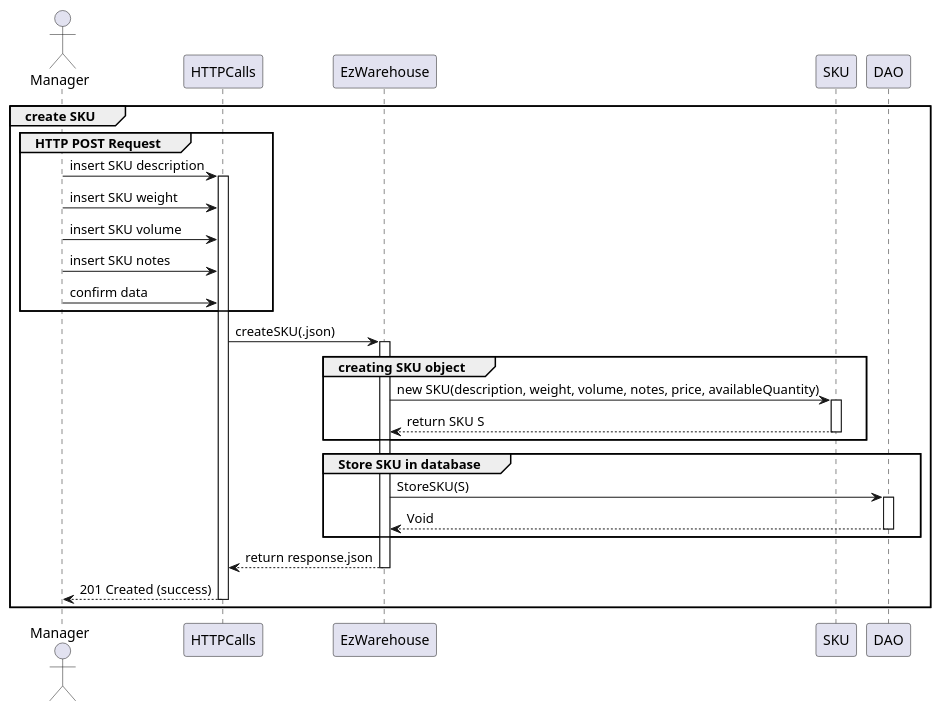
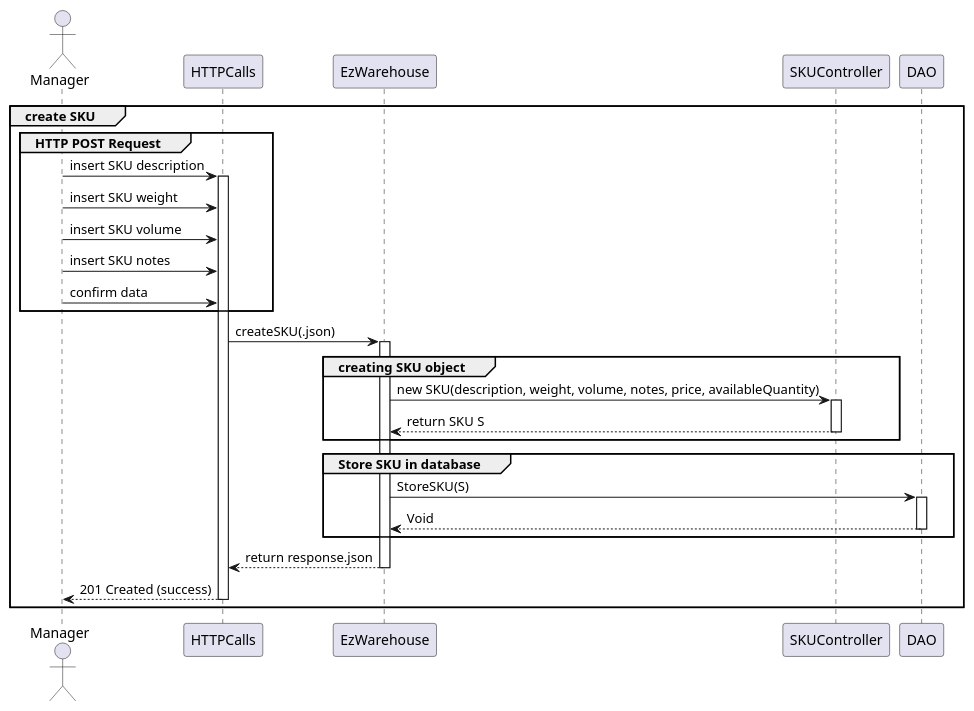
Before and after one commit to DavideArcolini/SoftEng_garbageCollector: the fourth of 19 diagrams in DesignDocument.md, drawn with PlantUML. The commit also changed other lines of this file and 5 other files, not shown here.

````diff
--- a/DesignDocument.md
+++ b/DesignDocument.md
@@ -311,39 +313,39 @@
 ```plantuml
 actor Manager as Manager
 participant HTTPCalls as HTTPCalls
 participant EzWarehouse as EzWarehouse
-participant SKU as SKU
+participant SKUController as SKU
 participant DAO as DAO
 
 group create SKU
 group HTTP POST Request
 Manager -> HTTPCalls: insert SKU description
 activate HTTPCalls
 Manager -> HTTPCalls: insert SKU weight
 Manager -> HTTPCalls: insert SKU volume
 Manager -> HTTPCalls: insert SKU notes
 Manager -> HTTPCalls: confirm data
 end
 
 HTTPCalls -> EzWarehouse: createSKU(.json)
 activate EzWarehouse
 group creating SKU object
 EzWarehouse -> SKU: new SKU(description, weight, volume, notes, price, availableQuantity)
 activate SKU
 SKU --> EzWarehouse: return SKU S
 deactivate SKU
 end
 
 group Store SKU in database
 EzWarehouse -> DAO: StoreSKU(S)
 activate DAO
 DAO --> EzWarehouse: Void
 deactivate DAO
 end
 
 EzWarehouse --> HTTPCalls: return response.json
 deactivate EzWarehouse
 HTTPCalls --> Manager: 201 Created (success)
 deactivate HTTPCalls
 end
 ```
````
